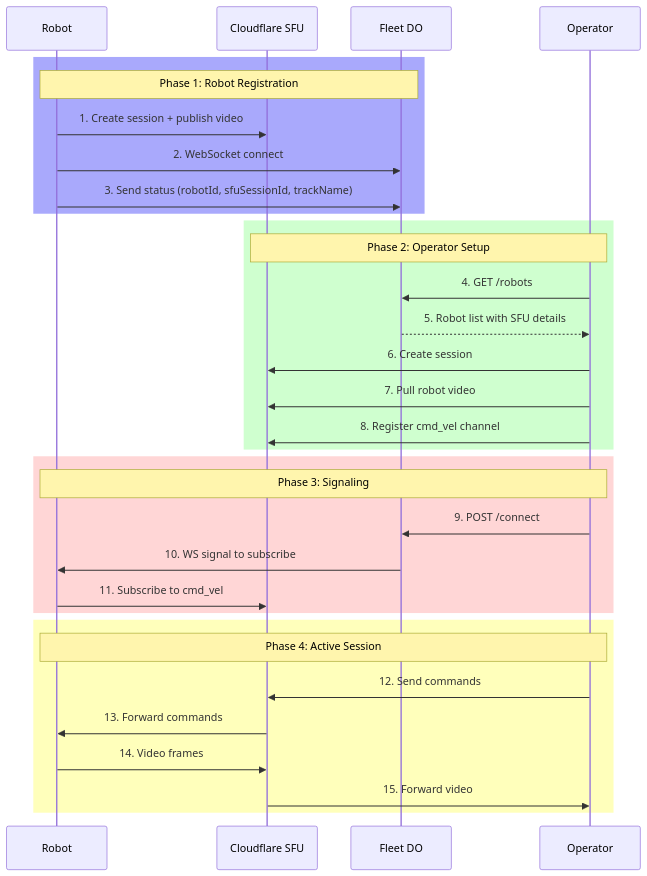
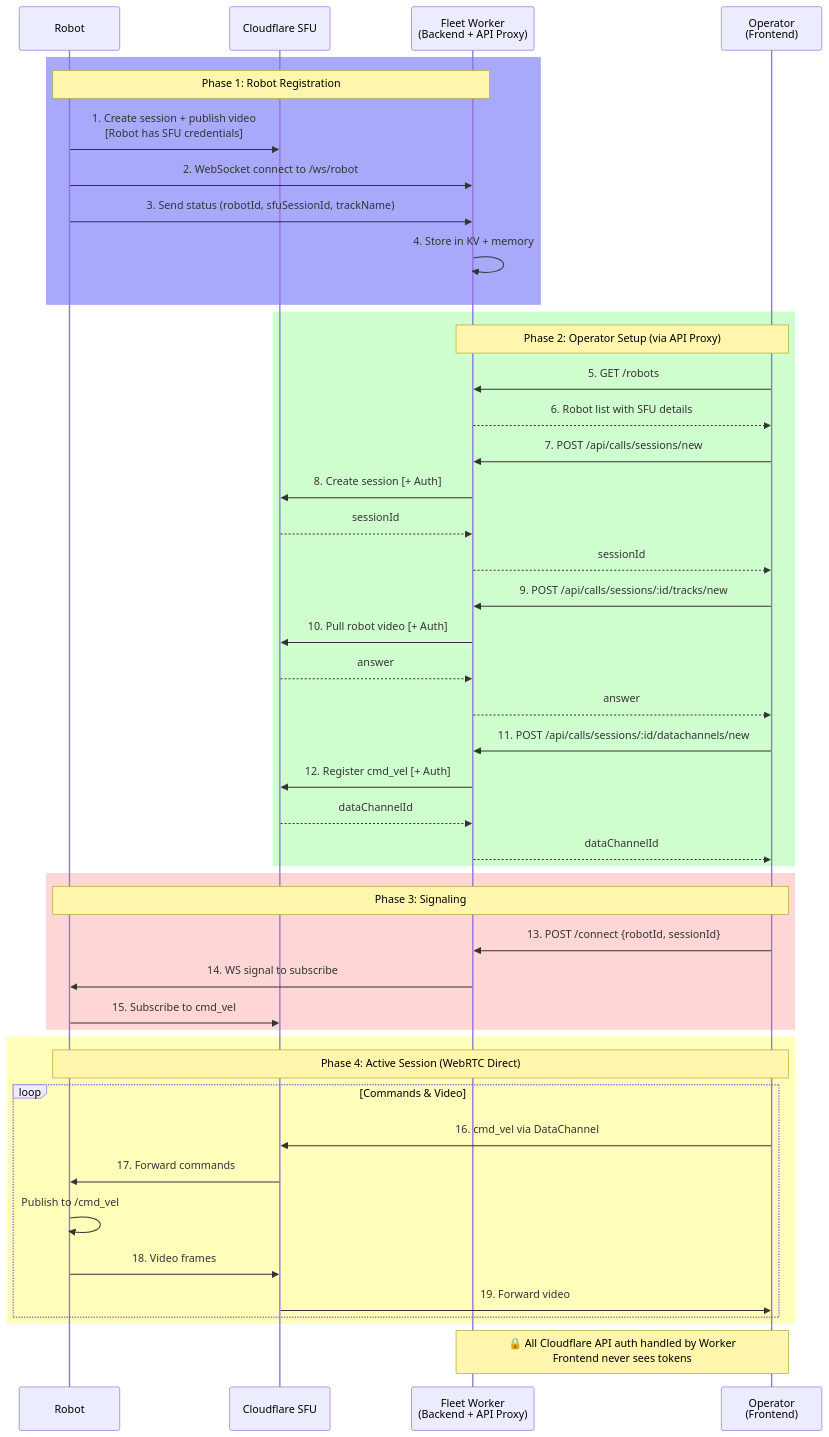
Before and after one commit to BigMuzzy/ugv_ws_pi: the fourth of 4 diagrams in cloud/workers/fleet-worker/README.md, drawn with Mermaid. The commit also changed other lines of this file and 7 other files, not shown here.

First line of the commit message:
Refactor Fleet Operator Frontend and Fleet Worker for Enhanced Security and API Proxy

````diff
--- a/cloud/workers/fleet-worker/README.md
+++ b/cloud/workers/fleet-worker/README.md
@@ -167,38 +193,53 @@
 ```mermaid
 sequenceDiagram
     participant R as Robot
     participant SFU as Cloudflare SFU
-    participant DO as Fleet DO
-    participant O as Operator
+    participant W as Fleet Worker<br/>(Backend + API Proxy)
+    participant O as Operator<br/>(Frontend)
 
     rect rgba(169, 169, 252, 1)
-        Note over R,DO: Phase 1: Robot Registration
-        R->>SFU: 1. Create session + publish video
-        R->>DO: 2. WebSocket connect
-        R->>DO: 3. Send status (robotId, sfuSessionId, trackName)
+        Note over R,W: Phase 1: Robot Registration
+        R->>SFU: 1. Create session + publish video<br/>[Robot has SFU credentials]
+        R->>W: 2. WebSocket connect to /ws/robot
+        R->>W: 3. Send status (robotId, sfuSessionId, trackName)
+        W->>W: 4. Store in KV + memory
     end
 
     rect rgba(207, 255, 207, 1)
-        Note over O,SFU: Phase 2: Operator Setup
-        O->>DO: 4. GET /robots
-        DO-->>O: 5. Robot list with SFU details
-        O->>SFU: 6. Create session
-        O->>SFU: 7. Pull robot video
-        O->>SFU: 8. Register cmd_vel channel
+        Note over O,W: Phase 2: Operator Setup (via API Proxy)
+        O->>W: 5. GET /robots
+        W-->>O: 6. Robot list with SFU details
+        O->>W: 7. POST /api/calls/sessions/new
+        W->>SFU: 8. Create session [+ Auth]
+        SFU-->>W: sessionId
+        W-->>O: sessionId
+        O->>W: 9. POST /api/calls/sessions/:id/tracks/new
+        W->>SFU: 10. Pull robot video [+ Auth]
+        SFU-->>W: answer
+        W-->>O: answer
+        O->>W: 11. POST /api/calls/sessions/:id/datachannels/new
+        W->>SFU: 12. Register cmd_vel [+ Auth]
+        SFU-->>W: dataChannelId
+        W-->>O: dataChannelId
     end
 
     rect rgba(255, 214, 214, 1)
         Note over O,R: Phase 3: Signaling
-        O->>DO: 9. POST /connect
-        DO->>R: 10. WS signal to subscribe
-        R->>SFU: 11. Subscribe to cmd_vel
+        O->>W: 13. POST /connect {robotId, sessionId}
+        W->>R: 14. WS signal to subscribe
+        R->>SFU: 15. Subscribe to cmd_vel
     end
 
     rect rgba(255, 255, 187, 1)
-        Note over O,R: Phase 4: Active Session
-        O->>SFU: 12. Send commands
-        SFU->>R: 13. Forward commands
-        R->>SFU: 14. Video frames
-        SFU->>O: 15. Forward video
+        Note over O,R: Phase 4: Active Session (WebRTC Direct)
+        loop Commands & Video
+            O->>SFU: 16. cmd_vel via DataChannel
+            SFU->>R: 17. Forward commands
+            R->>R: Publish to /cmd_vel
+            R->>SFU: 18. Video frames
+            SFU->>O: 19. Forward video
+        end
     end
+
+    Note over O,W: 🔒 All Cloudflare API auth handled by Worker<br/>Frontend never sees tokens
 ```
````
